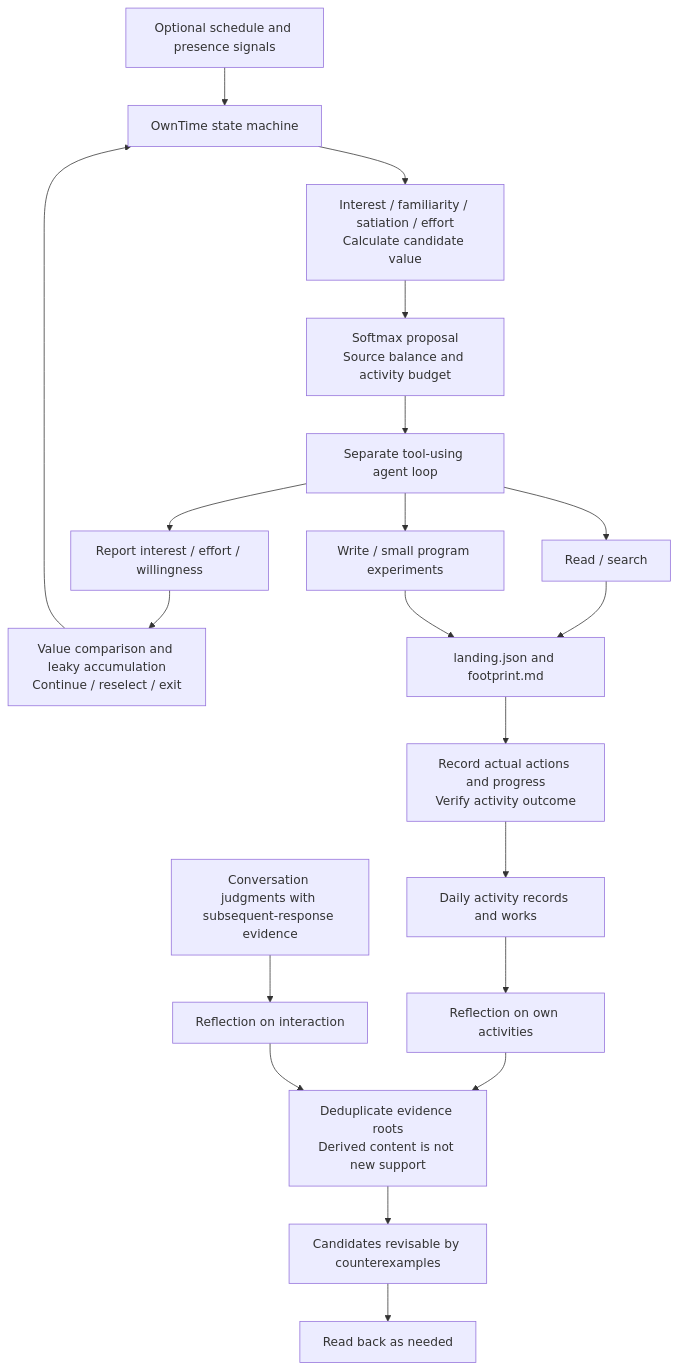
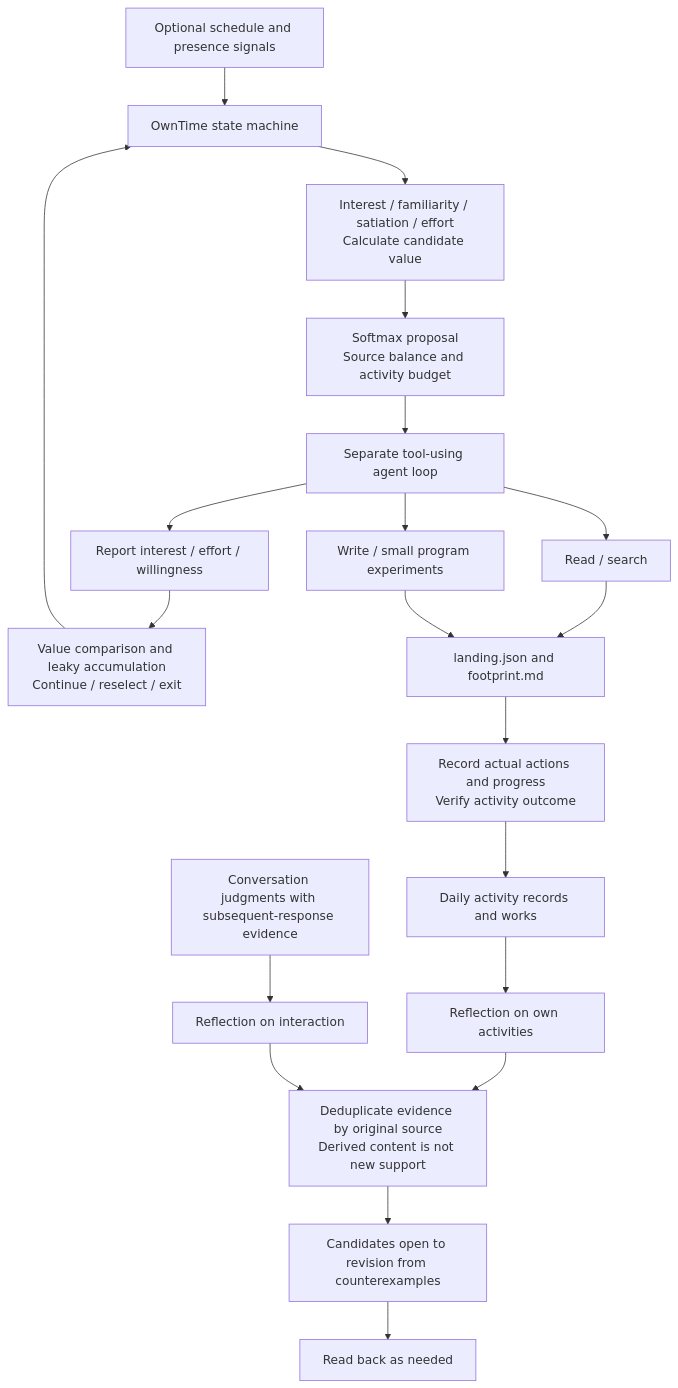
Before and after one commit to ikarugaikoi/hikaru-memory: the fourth of 4 diagrams in docs/en/architecture.md, drawn with Mermaid. The commit also changed other lines of this file and 26 other files, not shown here.

````diff
--- a/docs/en/architecture.md
+++ b/docs/en/architecture.md
@@ -108,22 +108,22 @@
 ```mermaid
 flowchart TD
     Trigger[Optional schedule and presence signals] --> State[OwnTime state machine]
     State --> Value[Interest / familiarity / satiation / effort\nCalculate candidate value]
     Value --> Select[Softmax proposal\nSource balance and activity budget]
     Select --> Agent[Separate tool-using agent loop]
     Agent --> Report[Report interest / effort / willingness]
     Report --> Continue[Value comparison and leaky accumulation\nContinue / reselect / exit]
     Continue --> State
     Agent --> Read[Read / search]
     Agent --> Make[Write / small program experiments]
     Read --> Landing[landing.json and footprint.md]
     Make --> Landing
     Landing --> Validate[Record actual actions and progress\nVerify activity outcome]
     Validate --> Footsteps[Daily activity records and works]
     Footsteps --> Me[Reflection on own activities]
     CA[Conversation judgments with subsequent-response evidence] --> Us[Reflection on interaction]
-    Me --> Roots[Deduplicate evidence roots\nDerived content is not new support]
+    Me --> Roots[Deduplicate evidence by original source\nDerived content is not new support]
     Us --> Roots
-    Roots --> Candidate[Candidates revisable by counterexamples]
+    Roots --> Candidate[Candidates open to revision from counterexamples]
     Candidate --> Search[Read back as needed]
 ```
````
